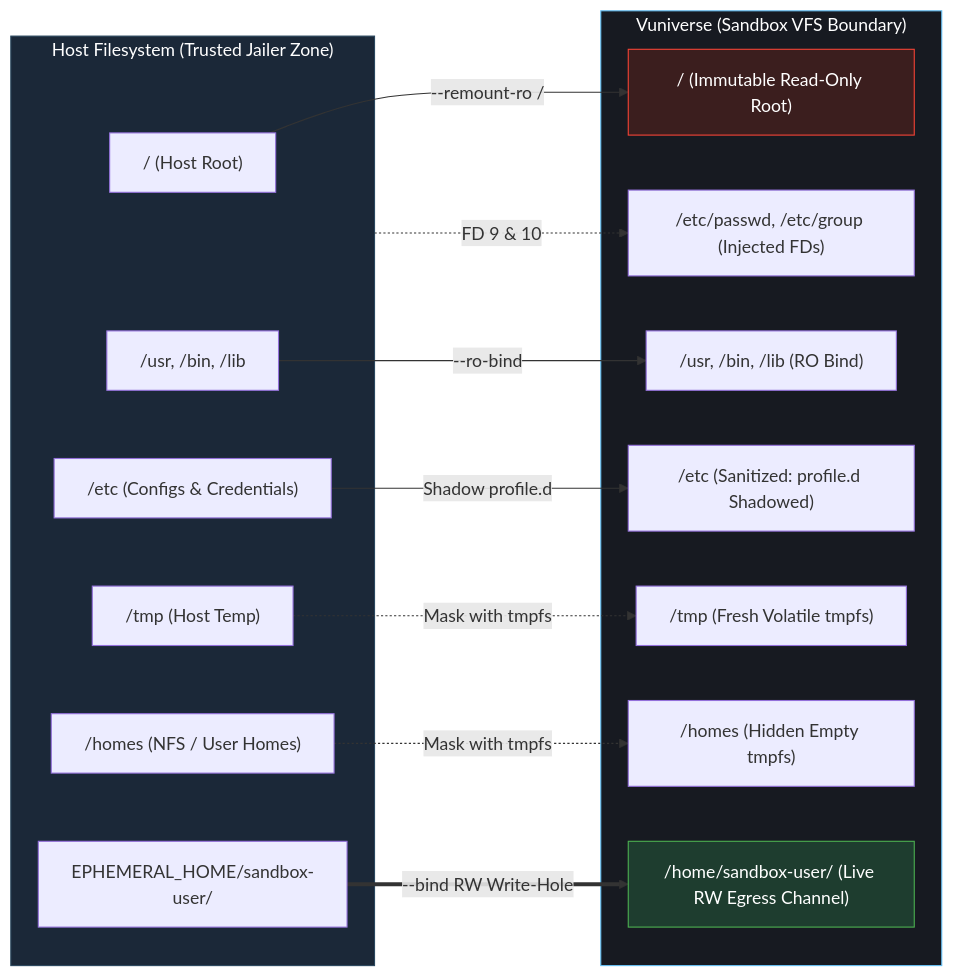
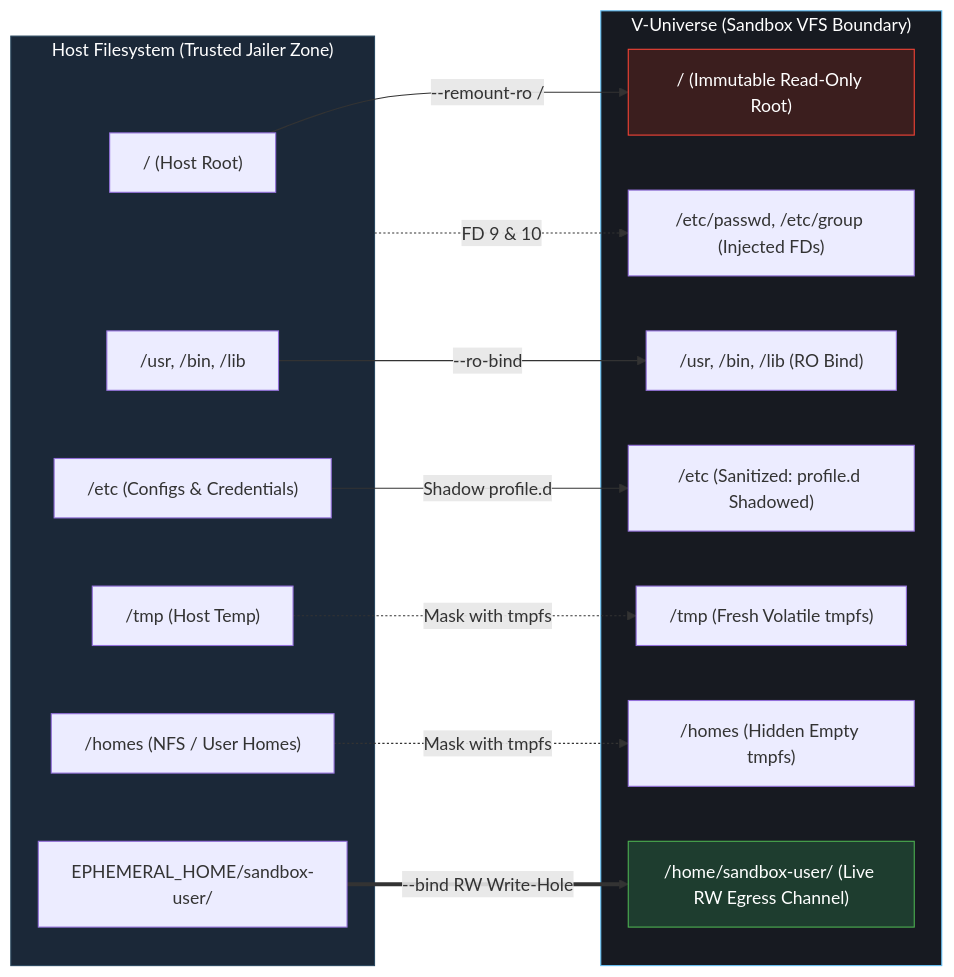
One commit to hanasaki/hanaden-bwrap-enhanced changed the first of 2 diagrams in README.md. Above: the diagram before and after it, drawn with Mermaid. The commit also changed other lines of this file and 2 other files, not shown here.

First line of the commit message:
fix(site,readme): V-Universe branding, SDLC spec version, grid overflow

````diff
--- a/README.md
+++ b/README.md
@@ -35,34 +45,34 @@
 ```mermaid
 flowchart LR
     subgraph Host["Host Filesystem (Trusted Jailer Zone)"]
         H_Root["/ (Host Root)"]
         H_Bin["/usr, /bin, /lib"]
         H_Etc["/etc (Configs & Credentials)"]
         H_Tmp["/tmp (Host Temp)"]
         H_Homes["/homes (NFS / User Homes)"]
         H_Egress["EPHEMERAL_HOME/sandbox-user/"]
     end
 
-    subgraph VFS["Vuniverse (Sandbox VFS Boundary)"]
+    subgraph VFS["V-Universe (Sandbox VFS Boundary)"]
         V_Root["/ (Immutable Read-Only Root)"]
         V_Bin["/usr, /bin, /lib (RO Bind)"]
         V_Etc["/etc (Sanitized: profile.d Shadowed)"]
         V_Id["/etc/passwd, /etc/group (Injected FDs)"]
         V_Tmp["/tmp (Fresh Volatile tmpfs)"]
         V_Homes["/homes (Hidden Empty tmpfs)"]
         V_Home["/home/sandbox-user/ (Live RW Egress Channel)"]
     end
 
     H_Root -->|--remount-ro /| V_Root
     H_Bin -->|--ro-bind| V_Bin
     H_Etc -->|Shadow profile.d| V_Etc
     Host -.->|FD 9 & 10| V_Id
     H_Tmp -.->|Mask with tmpfs| V_Tmp
     H_Homes -.->|Mask with tmpfs| V_Homes
     H_Egress ==>|--bind RW Write-Hole| V_Home
 
     style Host fill:#1b2838,stroke:#2a475e,color:#ffffff
     style VFS fill:#171a21,stroke:#66c0f4,color:#ffffff
     style V_Home fill:#1e3d2f,stroke:#4caf50,color:#ffffff
     style V_Root fill:#3b1e1e,stroke:#f44336,color:#ffffff
 ```
````
